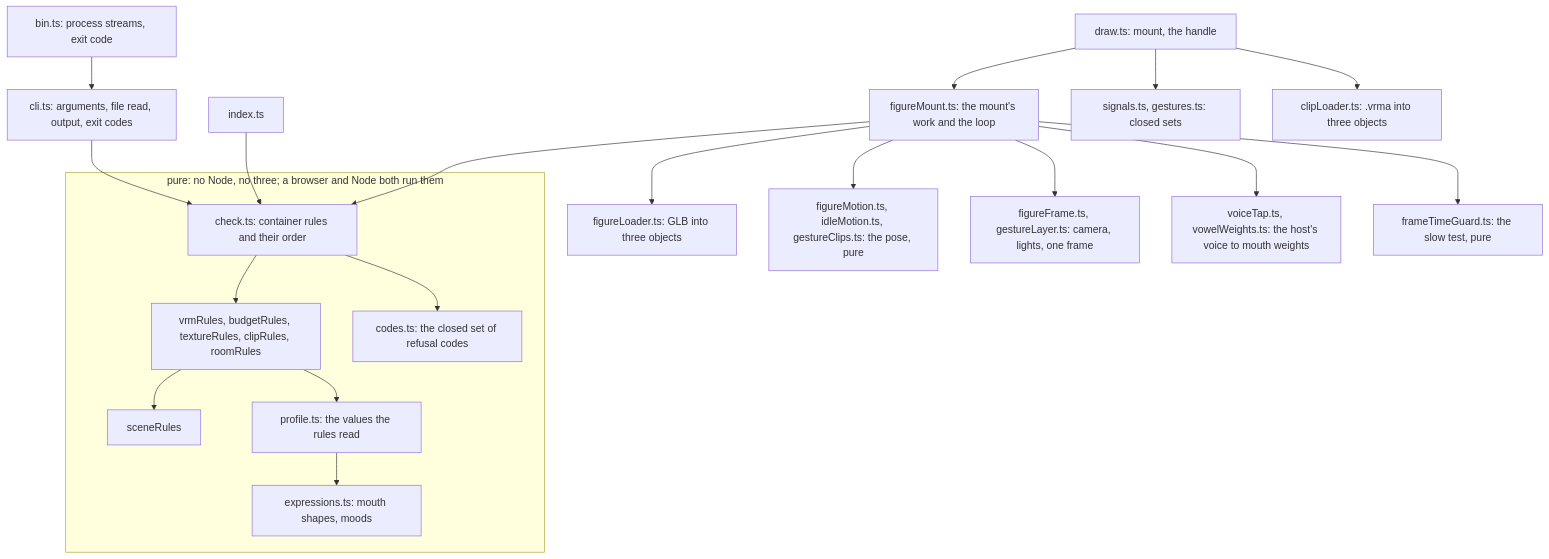
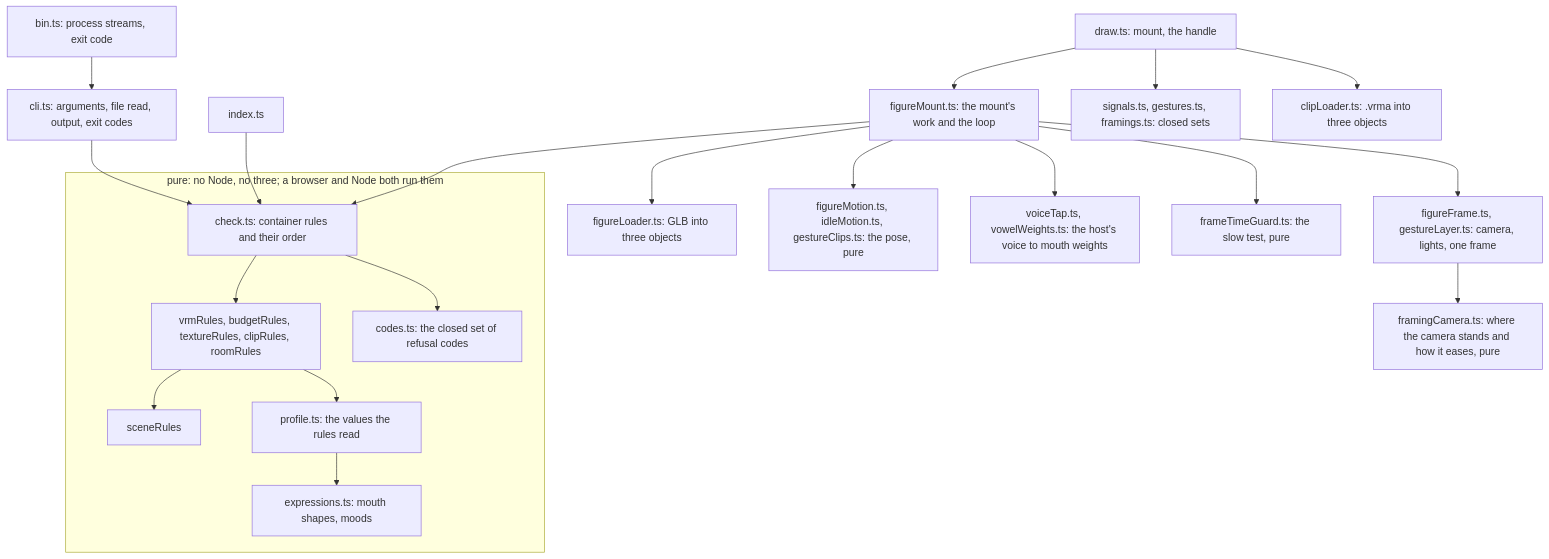
Before and after one commit to overnightworks/figure: the second of 4 diagrams in docs/ARCHITECTURE.md, drawn with Mermaid. The commit also changed other lines of this file and 18 other files, not shown here.

First line of the commit message:
Let a host frame its figure from the face to the whole body (#127)

````diff
--- a/docs/ARCHITECTURE.md
+++ b/docs/ARCHITECTURE.md
@@ -22,19 +22,20 @@
 ```mermaid
 flowchart TD
     bin["bin.ts: process streams, exit code"] --> cli["cli.ts: arguments, file read, output, exit codes"]
     cli --> check
     subgraph pure["pure: no Node, no three; a browser and Node both run them"]
         check["check.ts: container rules and their order"] --> rules["vrmRules, budgetRules, textureRules, clipRules, roomRules"] --> scene["sceneRules"]
         rules --> profile["profile.ts: the values the rules read"] --> expressions["expressions.ts: mouth shapes, moods"]
         check --> codes["codes.ts: the closed set of refusal codes"]
     end
     index["index.ts"] --> check
     draw["draw.ts: mount, the handle"] --> figureMount["figureMount.ts: the mount's work and the loop"]
     figureMount --> check
     figureMount --> loaders["figureLoader.ts: GLB into three objects"]
     figureMount --> motion["figureMotion.ts, idleMotion.ts, gestureClips.ts: the pose, pure"]
     figureMount --> frame["figureFrame.ts, gestureLayer.ts: camera, lights, one frame"]
+    frame --> framingCamera["framingCamera.ts: where the camera stands and how it eases, pure"]
     figureMount --> voice["voiceTap.ts, vowelWeights.ts: the host's voice to mouth weights"]
     figureMount --> guard["frameTimeGuard.ts: the slow test, pure"]
-    draw --> signals["signals.ts, gestures.ts: closed sets"] & clipLoader["clipLoader.ts: .vrma into three objects"]
+    draw --> signals["signals.ts, gestures.ts, framings.ts: closed sets"] & clipLoader["clipLoader.ts: .vrma into three objects"]
 ```
````
